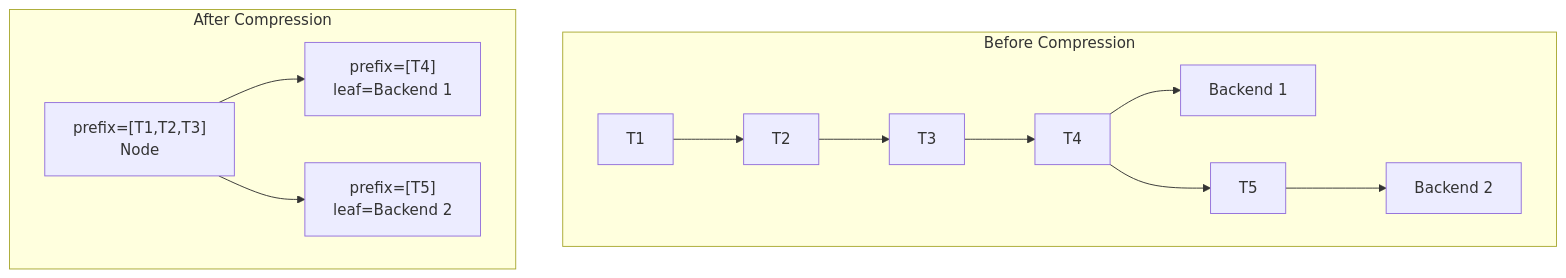
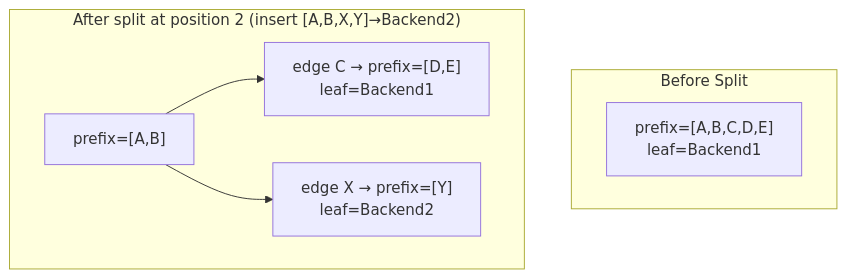
The third of 7 diagrams in docs/internals/radix-tree.md (Ranvier-Systems/ranvier-core), drawn with Mermaid before and after one commit. The commit also changed other lines of this file and 1 other file, not shown here.

````diff
--- a/docs/internals/radix-tree.md
+++ b/docs/internals/radix-tree.md
@@ -517,12 +217,11 @@
 ```mermaid
 graph TB
-    subgraph "Before Compression"
-        A1[T1] --> A2[T2] --> A3[T3] --> A4[T4] --> A5[Backend 1]
-        A4 --> A6[T5] --> A7[Backend 2]
+    subgraph "Before Split"
+        A1["prefix=[A,B,C,D,E]<br/>leaf=Backend1"]
     end
 
-    subgraph "After Compression"
-        B1["prefix=[T1,T2,T3]<br/>Node"] --> B2["prefix=[T4]<br/>leaf=Backend 1"]
-        B1 --> B3["prefix=[T5]<br/>leaf=Backend 2"]
+    subgraph "After split at position 2 (insert [A,B,X,Y]→Backend2)"
+        B1["prefix=[A,B]"] --> B2["edge C → prefix=[D,E]<br/>leaf=Backend1"]
+        B1 --> B3["edge X → prefix=[Y]<br/>leaf=Backend2"]
     end
 ```
````
